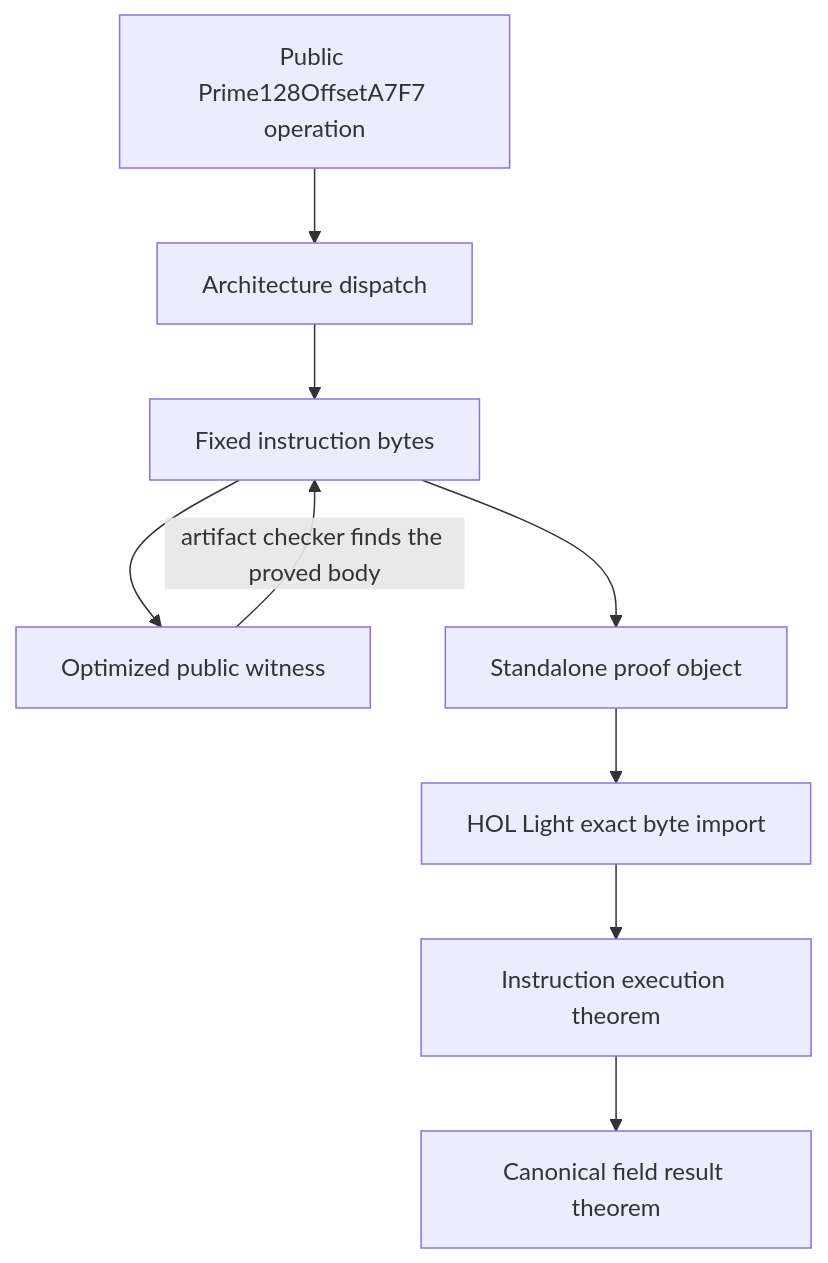
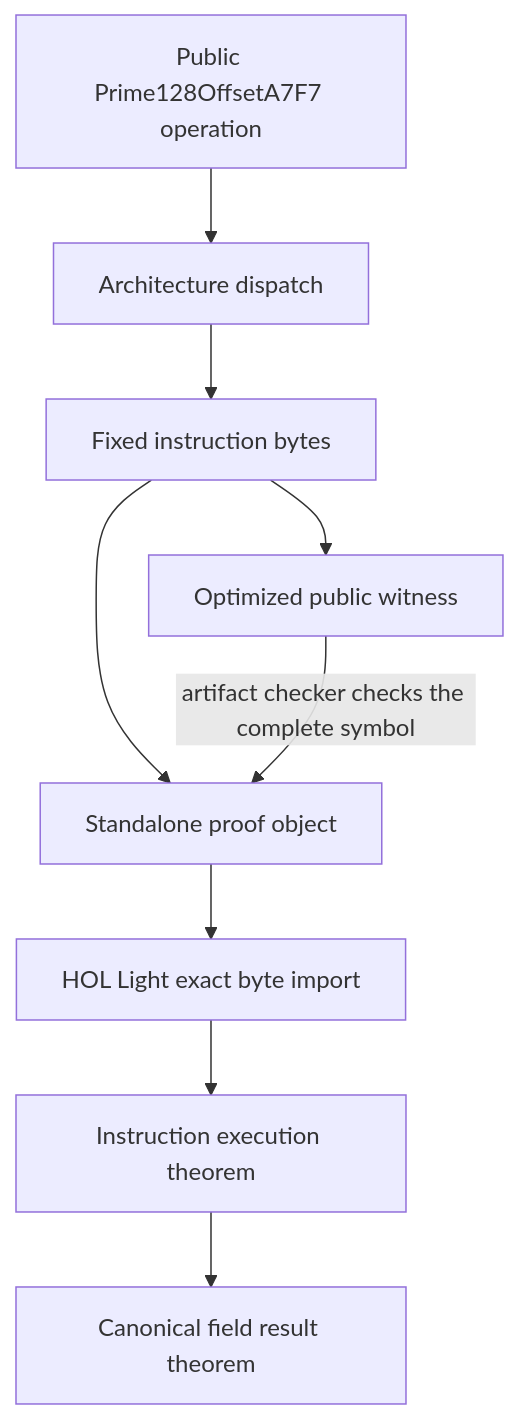
Before and after one commit to a16z/jolt: the diagram in book/src/how/formal-verification/field-kernels.md, drawn with Mermaid. The commit also changed other lines of this file and 13 other files, not shown here.

````diff
--- a/book/src/how/formal-verification/field-kernels.md
+++ b/book/src/how/formal-verification/field-kernels.md
@@ -21,20 +21,20 @@
 ```mermaid
 flowchart TD
     Public[Public Prime128OffsetA7F7 operation]
     Dispatch[Architecture dispatch]
     Body[Fixed instruction bytes]
     Witness[Optimized public witness]
     Object[Standalone proof object]
     Import[HOL Light exact byte import]
     Execute[Instruction execution theorem]
     Result[Canonical field result theorem]
 
     Public --> Dispatch
     Dispatch --> Body
     Body --> Witness
     Body --> Object
-    Witness -->|artifact checker finds the proved body| Body
+    Witness -->|artifact checker checks the complete symbol| Object
     Object --> Import
     Import --> Execute
     Execute --> Result
 ```
````
